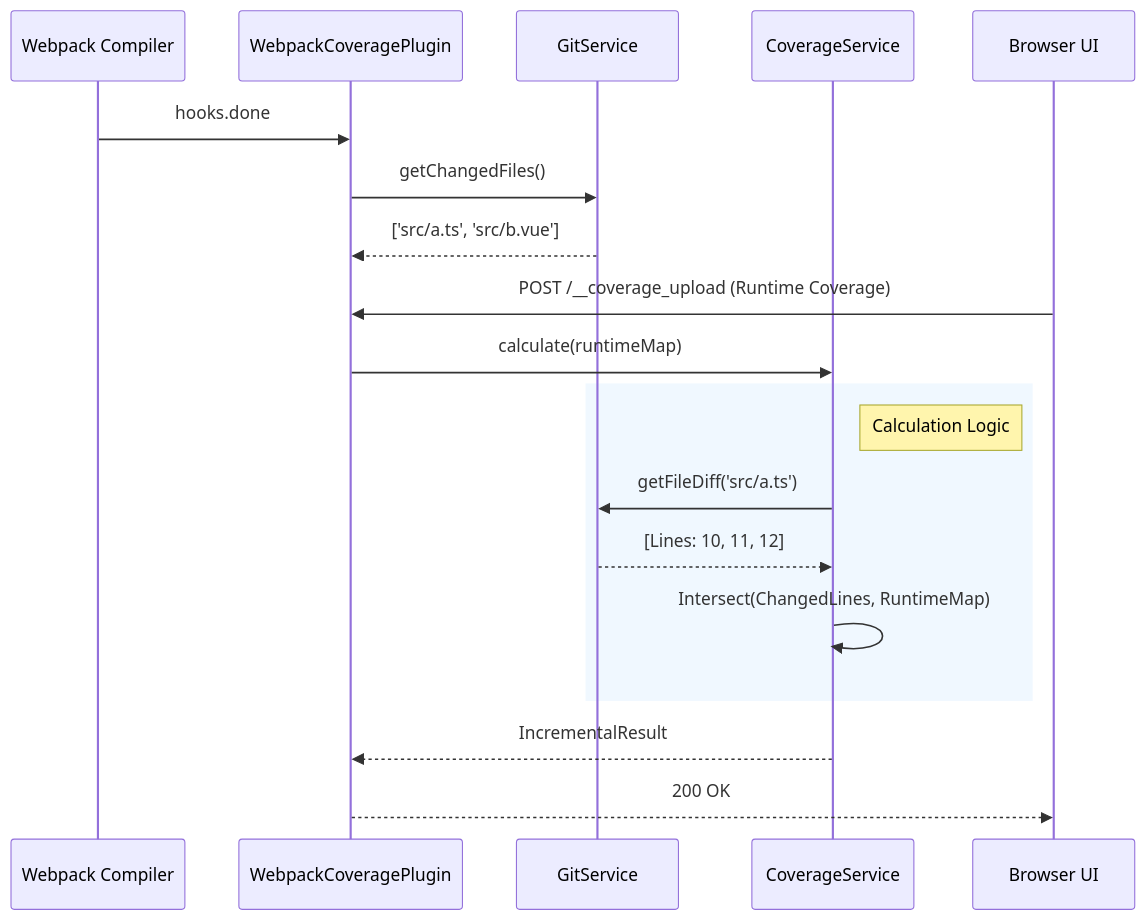
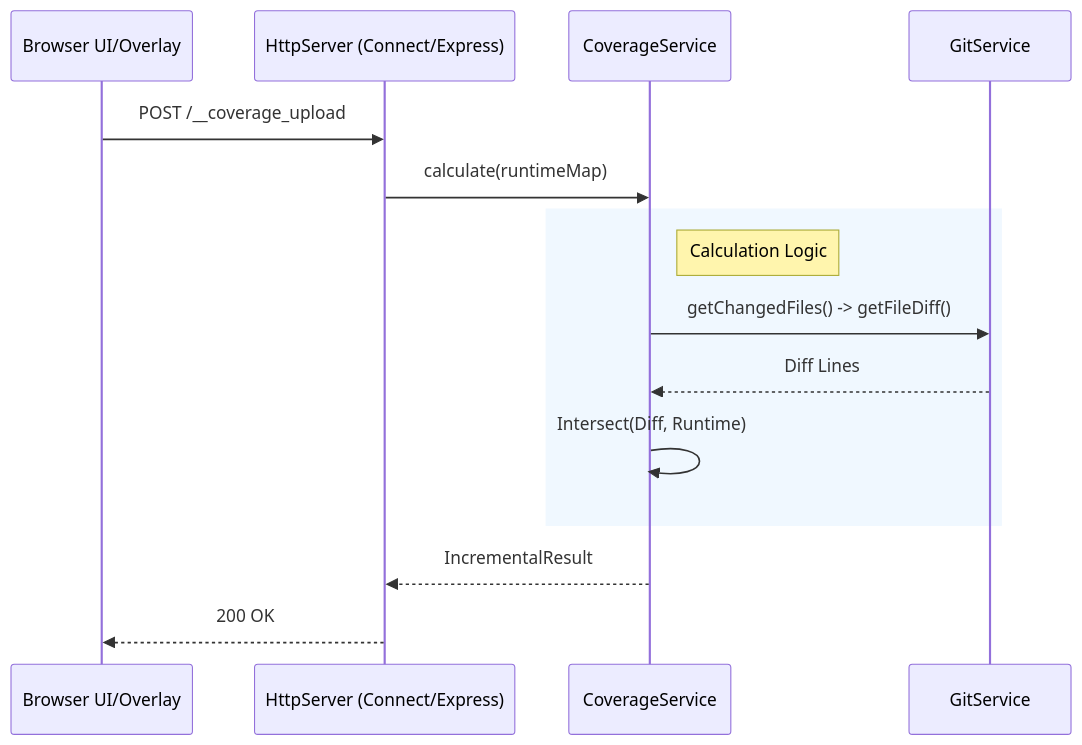
One commit to chuanjing729-glitch/fe-workspace changed the third of 3 diagrams in packages/webpack-coverage-plugin/TECHNICAL_DOC.md. Above: the diagram before and after it, drawn with Mermaid. The commit also changed other lines of this file and 54 other files, not shown here.

First line of the commit message:
feat(coverage): migrate to unplugin architecture with rspack support

````diff
--- a/packages/webpack-coverage-plugin/TECHNICAL_DOC.md
+++ b/packages/webpack-coverage-plugin/TECHNICAL_DOC.md
@@ -64,25 +111,20 @@
 ```mermaid
 sequenceDiagram
-    participant Webpack as Webpack Compiler
-    participant Plugin as WebpackCoveragePlugin
+    participant Browser as Browser UI/Overlay
+    participant Server as HttpServer (Connect/Express)
+    participant Core as CoverageService
     participant Git as GitService
-    participant Cov as CoverageService
-    participant Browser as Browser UI
-
-    Webpack->>Plugin: hooks.done
-    Plugin->>Git: getChangedFiles()
-    Git-->>Plugin: ['src/a.ts', 'src/b.vue']
     
-    Browser->>Plugin: POST /__coverage_upload (Runtime Coverage)
-    Plugin->>Cov: calculate(runtimeMap)
+    Browser->>Server: POST /__coverage_upload
+    Server->>Core: calculate(runtimeMap)
     
     rect rgb(240, 248, 255)
-    note right of Cov: Calculation Logic
-    Cov->>Git: getFileDiff('src/a.ts')
-    Git-->>Cov: [Lines: 10, 11, 12]
-    Cov->>Cov: Intersect(ChangedLines, RuntimeMap)
+    note right of Core: Calculation Logic
+    Core->>Git: getChangedFiles() -> getFileDiff()
+    Git-->>Core: Diff Lines
+    Core->>Core: Intersect(Diff, Runtime)
     end
     
-    Cov-->>Plugin: IncrementalResult
-    Plugin-->>Browser: 200 OK
+    Core-->>Server: IncrementalResult
+    Server-->>Browser: 200 OK
 ```
````
